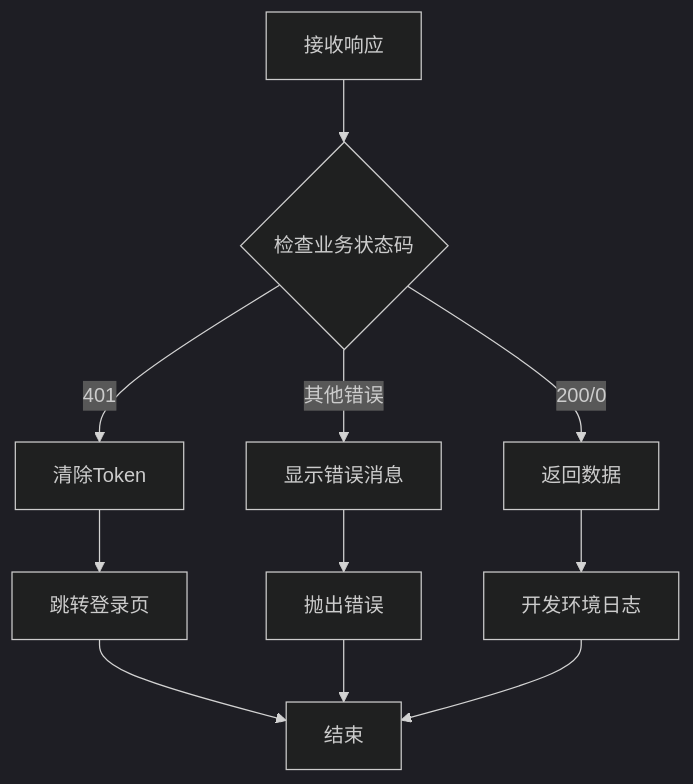
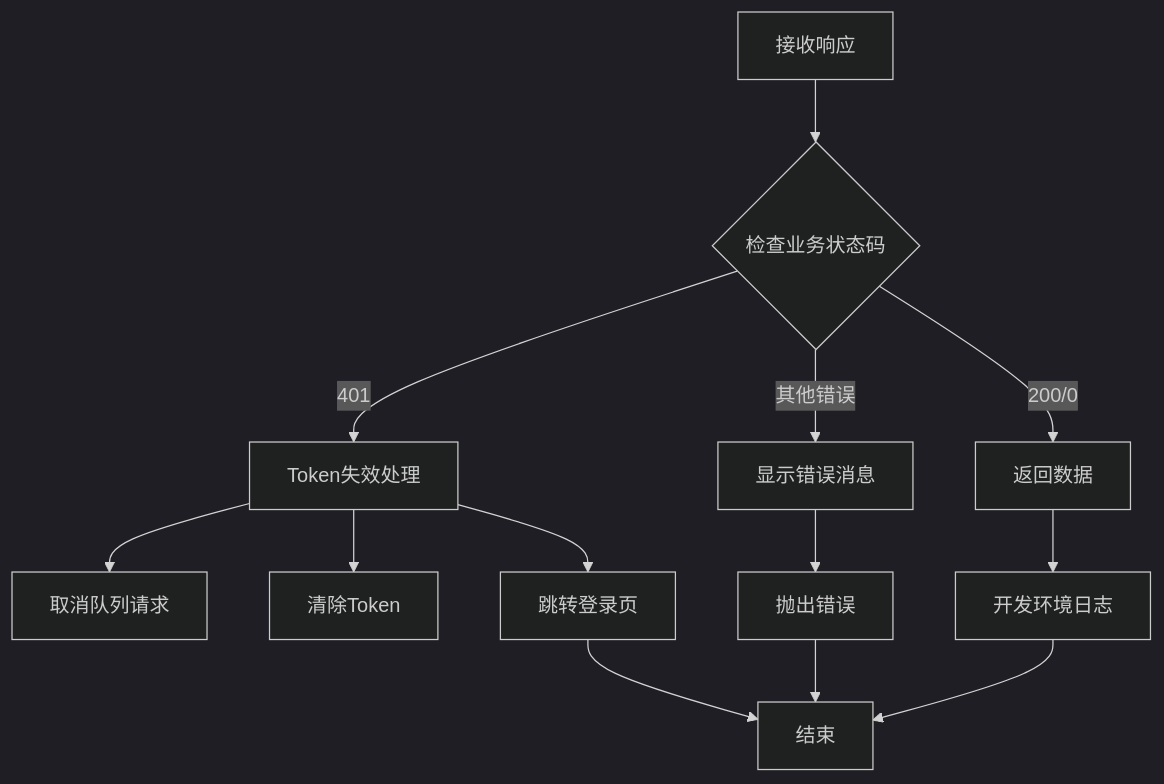
The fourth of 14 diagrams in .qoder/repowiki/zh/content/API集成/API集成.md (zhibo1997/government-dashboard), drawn with Mermaid (dark theme) before and after one commit. The commit also changed other lines of this file and 28 other files, not shown here.

````diff
--- a/.qoder/repowiki/zh/content/API集成/API集成.md
+++ b/.qoder/repowiki/zh/content/API集成/API集成.md
@@ -136,13 +147,15 @@
 ```mermaid
 flowchart TD
 A[接收响应] --> B{检查业务状态码}
 B --> |200/0| C[返回数据]
-B --> |401| D[清除Token]
-D --> E[跳转登录页]
-B --> |其他错误| F[显示错误消息]
-F --> G[抛出错误]
-C --> H[开发环境日志]
-E --> I[结束]
-G --> I
-H --> I
+B --> |401| D[Token失效处理]
+D --> E[取消队列请求]
+D --> F[清除Token]
+D --> G[跳转登录页]
+B --> |其他错误| H[显示错误消息]
+H --> I[抛出错误]
+C --> J[开发环境日志]
+G --> K[结束]
+I --> K
+J --> K
 ```
````
